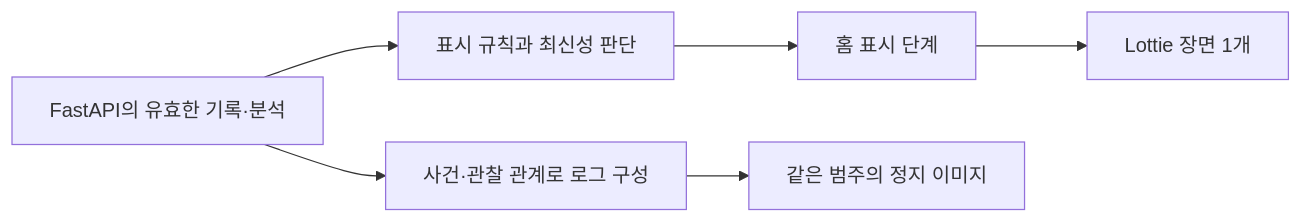
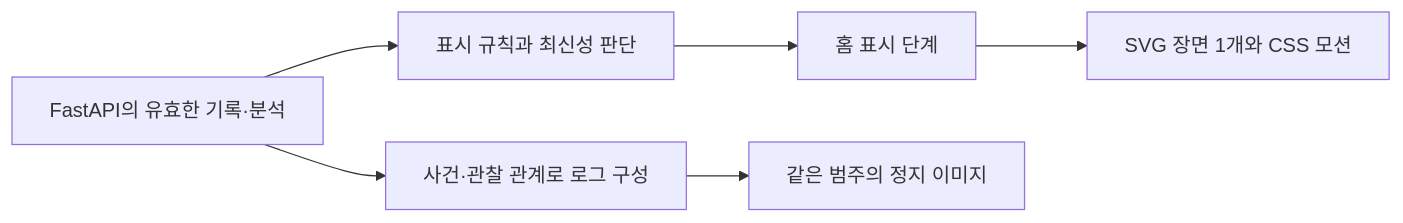
The diagram in docs/design/character-motion/README.md (EungAElien/baby-care), drawn with Mermaid before and after one commit. The commit also changed other lines of this file and 4 other files, not shown here.

````diff
--- a/docs/design/character-motion/README.md
+++ b/docs/design/character-motion/README.md
@@ -194,8 +260,8 @@
 ```mermaid
 flowchart LR
   A[FastAPI의 유효한 기록·분석] --> B[표시 규칙과 최신성 판단]
   B --> C[홈 표시 단계]
-  C --> D[Lottie 장면 1개]
+  C --> D[SVG 장면 1개와 CSS 모션]
   A --> E[사건·관찰 관계로 로그 구성]
   E --> F[같은 범주의 정지 이미지]
 ```
````
